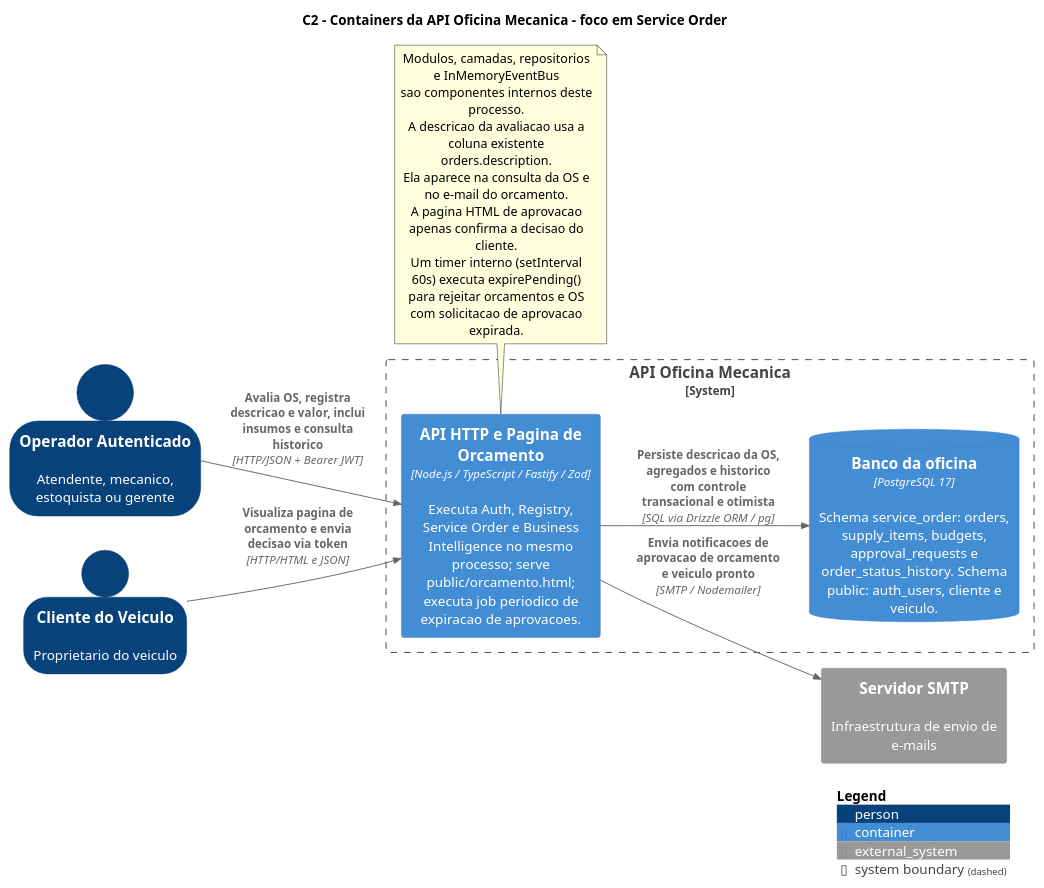
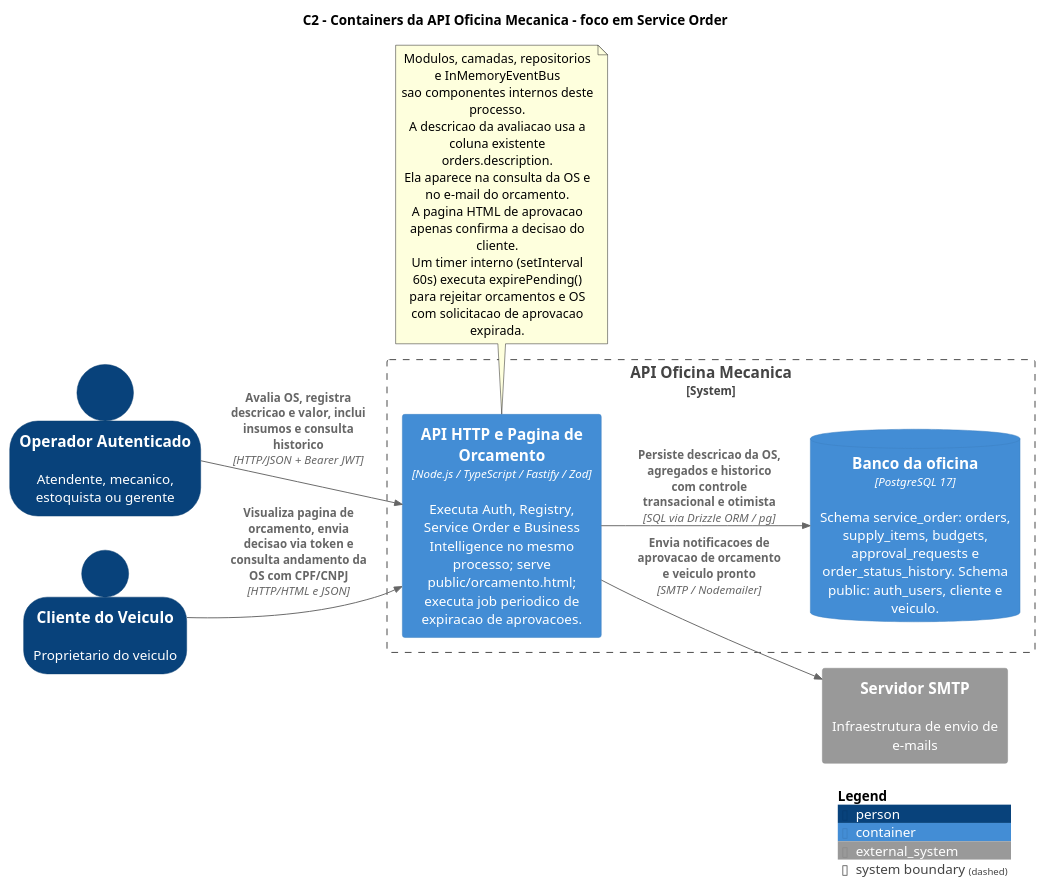
The diagram in docs/plantuml/c4-service-order-containers.puml (15soat-fiap-45/api.mecanica), drawn with PlantUML before and after one commit. The commit also changed 21 other files, not shown here.

First line of the commit message:
feat: permite ao cliente consultar o andamento da OS pela API

```diff
--- a/docs/plantuml/c4-service-order-containers.puml
+++ b/docs/plantuml/c4-service-order-containers.puml
@@ -1,32 +1,32 @@
 @startuml service_order_c2_containers
 !include https://raw.githubusercontent.com/plantuml-stdlib/C4-PlantUML/master/C4_Container.puml
 title C2 - Containers da API Oficina Mecanica - foco em Service Order
 LAYOUT_LEFT_RIGHT()
 SHOW_PERSON_OUTLINE()
 
 Person(operator, "Operador Autenticado", "Atendente, mecanico, estoquista ou gerente")
 Person(customer, "Cliente do Veiculo", "Proprietario do veiculo")
 
 System_Boundary(workshop, "API Oficina Mecanica") {
   Container(api, "API HTTP e Pagina de Orcamento", "Node.js / TypeScript / Fastify / Zod", "Executa Auth, Registry, Service Order e Business Intelligence no mesmo processo; serve public/orcamento.html; executa job periodico de expiracao de aprovacoes.")
   ContainerDb(database, "Banco da oficina", "PostgreSQL 17", "Schema service_order: orders, supply_items, budgets, approval_requests e order_status_history. Schema public: auth_users, cliente e veiculo.")
 }
 
 System_Ext(smtp, "Servidor SMTP", "Infraestrutura de envio de e-mails")
 
 Rel(operator, api, "Avalia OS, registra descricao e valor, inclui insumos e consulta historico", "HTTP/JSON + Bearer JWT")
-Rel(customer, api, "Visualiza pagina de orcamento e envia decisao via token", "HTTP/HTML e JSON")
+Rel(customer, api, "Visualiza pagina de orcamento, envia decisao via token e consulta andamento da OS com CPF/CNPJ", "HTTP/HTML e JSON")
 Rel(api, database, "Persiste descricao da OS, agregados e historico com controle transacional e otimista", "SQL via Drizzle ORM / pg")
 Rel(api, smtp, "Envia notificacoes de aprovacao de orcamento e veiculo pronto", "SMTP / Nodemailer")
 
 note bottom of api
   Modulos, camadas, repositorios e InMemoryEventBus
   sao componentes internos deste processo.
   A descricao da avaliacao usa a coluna existente orders.description.
   Ela aparece na consulta da OS e no e-mail do orcamento.
   A pagina HTML de aprovacao apenas confirma a decisao do cliente.
   Um timer interno (setInterval 60s) executa expirePending()
   para rejeitar orcamentos e OS com solicitacao de aprovacao expirada.
 end note
 SHOW_LEGEND()
 @enduml
```
